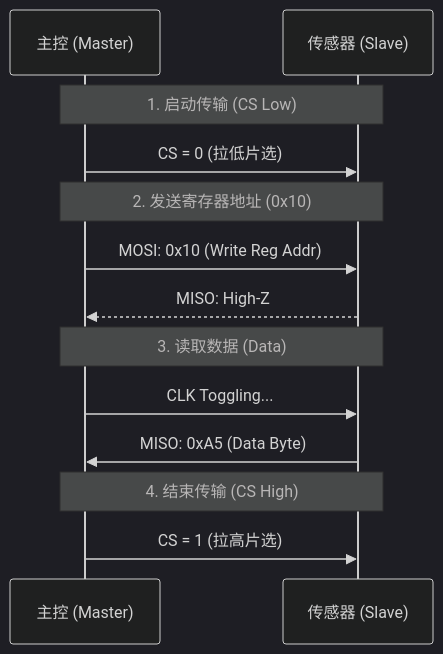
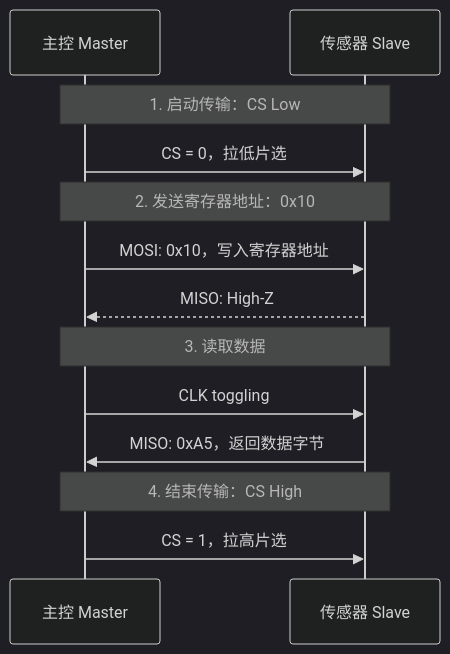
One commit to alison2fun/tech-docs-portfolio changed the diagram in docs/02-hardware.md. Above: the diagram before and after it, drawn with Mermaid (dark theme). The commit also changed other lines of this file and 41 other files, not shown here.

````diff
--- a/docs/02-hardware.md
+++ b/docs/02-hardware.md
@@ -17,19 +75,19 @@
 ```mermaid
 sequenceDiagram
-    participant MCU as 主控 (Master)
-    participant Sensor as 传感器 (Slave)
-    
-    Note over MCU, Sensor: 1. 启动传输 (CS Low)
-    MCU->>Sensor: CS = 0 (拉低片选)
-    
-    Note over MCU, Sensor: 2. 发送寄存器地址 (0x10)
-    MCU->>Sensor: MOSI: 0x10 (Write Reg Addr)
+    participant MCU as 主控 Master
+    participant Sensor as 传感器 Slave
+
+    Note over MCU, Sensor: 1. 启动传输：CS Low
+    MCU->>Sensor: CS = 0，拉低片选
+
+    Note over MCU, Sensor: 2. 发送寄存器地址：0x10
+    MCU->>Sensor: MOSI: 0x10，写入寄存器地址
     Sensor-->>MCU: MISO: High-Z
-    
-    Note over MCU, Sensor: 3. 读取数据 (Data)
-    MCU->>Sensor: CLK Toggling...
-    Sensor->>MCU: MISO: 0xA5 (Data Byte)
-        
-    Note over MCU, Sensor: 4. 结束传输 (CS High)
-    MCU->>Sensor: CS = 1 (拉高片选)
+
+    Note over MCU, Sensor: 3. 读取数据
+    MCU->>Sensor: CLK toggling
+    Sensor->>MCU: MISO: 0xA5，返回数据字节
+
+    Note over MCU, Sensor: 4. 结束传输：CS High
+    MCU->>Sensor: CS = 1，拉高片选
 ```
````
